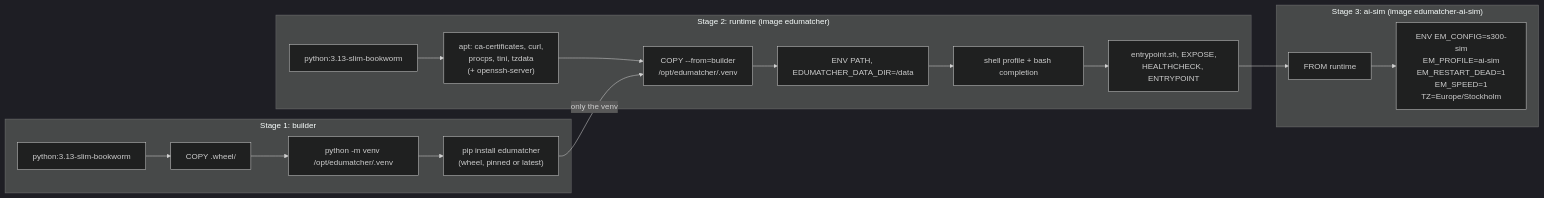
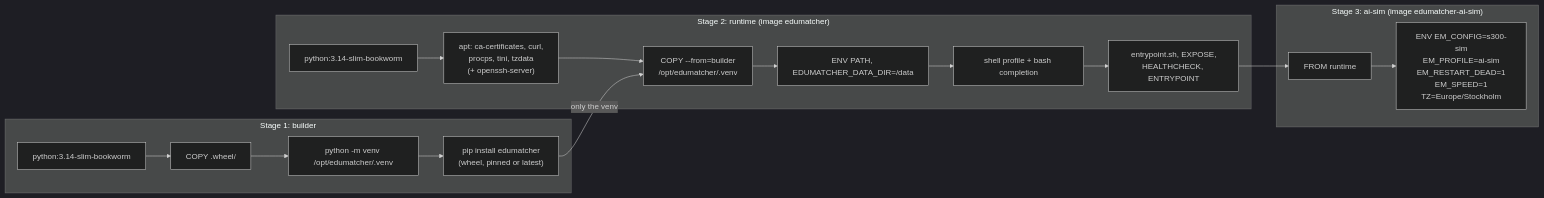
One commit to johan162/EduMatcher changed the third of 16 diagrams in docs/books/operator-guide/part-1-install-and-deploy/030-container-deployment-walkthrough.md. Above: the diagram before and after it, drawn with Mermaid (dark theme). The commit also changed other lines of this file and 73 other files, not shown here.

````diff
--- a/docs/books/operator-guide/part-1-install-and-deploy/030-container-deployment-walkthrough.md
+++ b/docs/books/operator-guide/part-1-install-and-deploy/030-container-deployment-walkthrough.md
@@ -185,20 +185,20 @@
 ```mermaid
 flowchart LR
     subgraph s1["Stage 1: builder"]
-        B1["python:3.13-slim-bookworm"] --> B2["COPY .wheel/"]
+        B1["python:3.14-slim-bookworm"] --> B2["COPY .wheel/"]
         B2 --> B3["python -m venv /opt/edumatcher/.venv"]
         B3 --> B4["pip install edumatcher\n(wheel, pinned or latest)"]
     end
     subgraph s2["Stage 2: runtime (image edumatcher)"]
-        R1["python:3.13-slim-bookworm"] --> R2["apt: ca-certificates, curl,\nprocps, tini, tzdata\n(+ openssh-server)"]
+        R1["python:3.14-slim-bookworm"] --> R2["apt: ca-certificates, curl,\nprocps, tini, tzdata\n(+ openssh-server)"]
         R2 --> R3["COPY --from=builder\n/opt/edumatcher/.venv"]
         R3 --> R4["ENV PATH, EDUMATCHER_DATA_DIR=/data"]
         R4 --> R5["shell profile + bash completion"]
         R5 --> R6["entrypoint.sh, EXPOSE,\nHEALTHCHECK, ENTRYPOINT"]
     end
     subgraph s3["Stage 3: ai-sim (image edumatcher-ai-sim)"]
         A1["FROM runtime"] --> A2["ENV EM_CONFIG=s300-sim\nEM_PROFILE=ai-sim\nEM_RESTART_DEAD=1\nEM_SPEED=1\nTZ=Europe/Stockholm"]
     end
     B4 -->|"only the venv"| R3
     R6 --> A1
 ```
````
